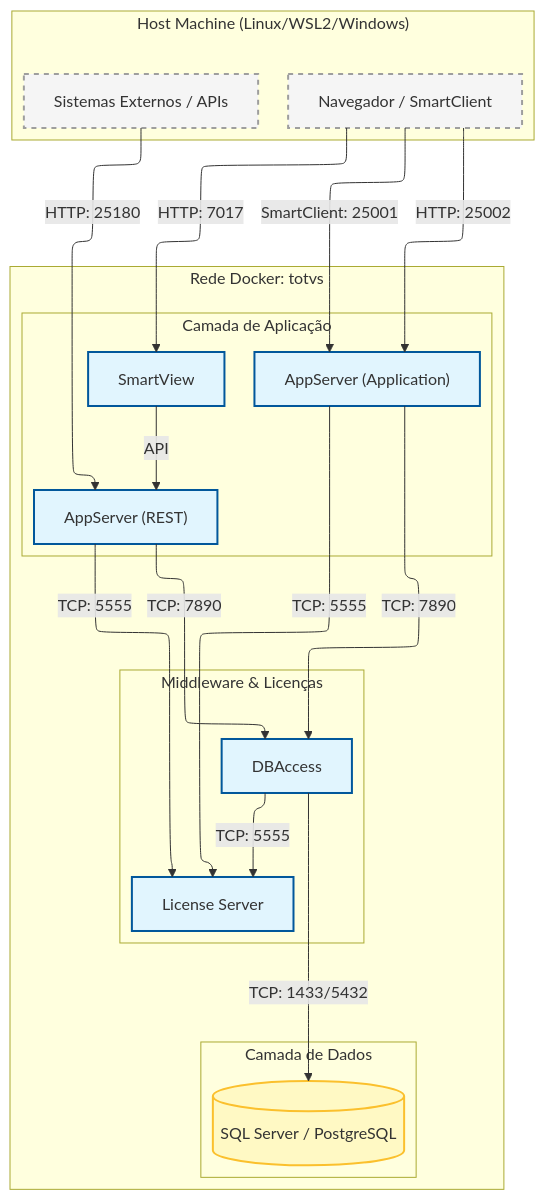
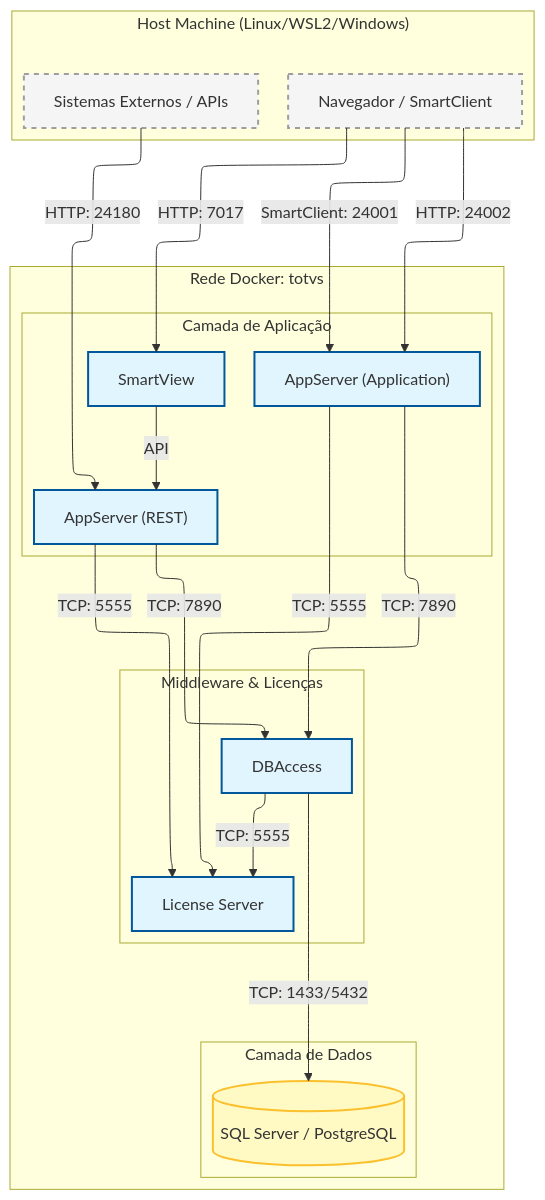
Before and after one commit to juliansantosinfo/TOTVS-Protheus-in-Docker: the diagram in README.md, drawn with Mermaid. The commit also changed other lines of this file, not shown here.

First line of the commit message:
docs: add architecture diagram and improve text in README

````diff
--- a/README.md
+++ b/README.md
@@ -48,51 +48,51 @@
 ```mermaid
 ---
 config:
   layout: elk
 ---
 flowchart TB
  subgraph Host["Host Machine (Linux/WSL2/Windows)"]
         Browser["Navegador / SmartClient"]
         ExternalAPI["Sistemas Externos / APIs"]
   end
  subgraph Databases["Camada de Dados"]
         DB[("SQL Server / PostgreSQL")]
   end
  subgraph Middleware["Middleware & Licenças"]
         DBA["DBAccess"]
         LIC["License Server"]
   end
  subgraph Application["Camada de Aplicação"]
         APP["AppServer (Application)"]
         REST["AppServer (REST)"]
         SmartView["SmartView"]
   end
  subgraph DockerNetwork["Rede Docker: totvs"]
         Databases
         Middleware
         Application
   end
-    Browser -- HTTP: 25002 --> APP
-    Browser -- SmartClient: 25001 --> APP
+    Browser -- HTTP: 24002 --> APP
+    Browser -- SmartClient: 24001 --> APP
     Browser -- HTTP: 7017 --> SmartView
-    ExternalAPI -- HTTP: 25180 --> REST
+    ExternalAPI -- HTTP: 24180 --> REST
     APP -- TCP: 7890 --> DBA
     REST -- TCP: 7890 --> DBA
     SmartView -- API --> REST
     APP -- TCP: 5555 --> LIC
     REST -- TCP: 5555 --> LIC
     DBA -- TCP: 5555 --> LIC
     DBA -- TCP: 1433/5432 --> DB
 
      Browser:::host
      ExternalAPI:::host
      DB:::db
      DBA:::container
      LIC:::container
      APP:::container
      REST:::container
      SmartView:::container
     classDef container fill:#e1f5fe,stroke:#01579b,stroke-width:2px
     classDef db fill:#fff9c4,stroke:#fbc02d,stroke-width:2px
     classDef host fill:#f5f5f5,stroke:#9e9e9e,stroke-width:2px,stroke-dasharray: 5 5
 ```
````
